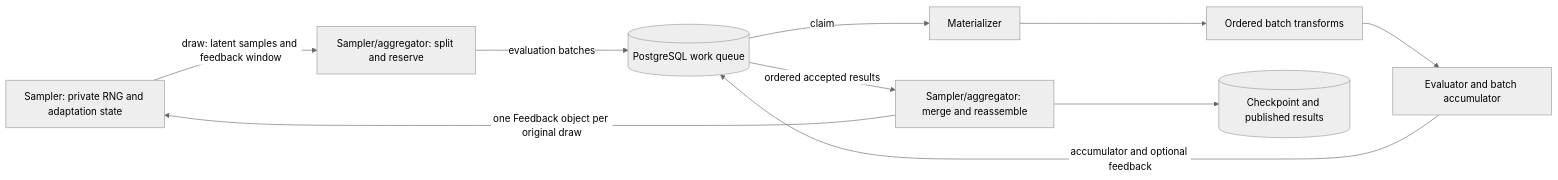
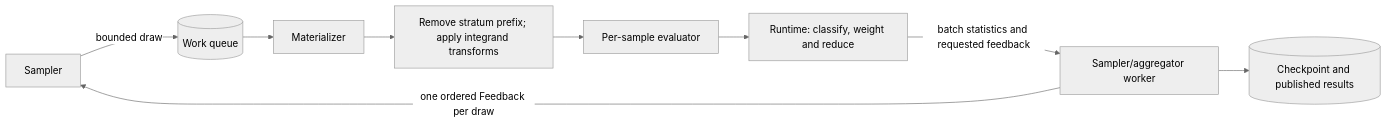
One commit to alphal00p/gammaboard changed the diagram in docs/execution-model.md. Above: the diagram before and after it, drawn with Mermaid (neutral theme). The commit also changed other lines of this file and 127 other files, not shown here.

First line of the commit message:
Unify per-sample evaluation and stratified observable statistics

````diff
--- a/docs/execution-model.md
+++ b/docs/execution-model.md
@@ -11,12 +30,11 @@
 ```mermaid
 flowchart LR
-    S[Sampler: private RNG and adaptation state] -->|draw: latent samples and feedback window| R[Sampler/aggregator: split and reserve]
-    R -->|evaluation batches| Q[(PostgreSQL work queue)]
-    Q -->|claim| M[Materializer]
-    M --> T[Ordered batch transforms]
-    T --> E[Evaluator and batch accumulator]
-    E -->|accumulator and optional feedback| Q
-    Q -->|ordered accepted results| A[Sampler/aggregator: merge and reassemble]
-    A -->|one Feedback object per original draw| S
+    S[Sampler] -->|bounded draw| Q[(Work queue)]
+    Q --> M[Materializer]
+    M --> T[Remove stratum prefix; apply integrand transforms]
+    T --> E[Per-sample evaluator]
+    E --> R[Runtime: classify, weight and reduce]
+    R -->|batch statistics and requested feedback| A[Sampler/aggregator worker]
+    A -->|one ordered Feedback per draw| S
     A --> C[(Checkpoint and published results)]
 ```
````
